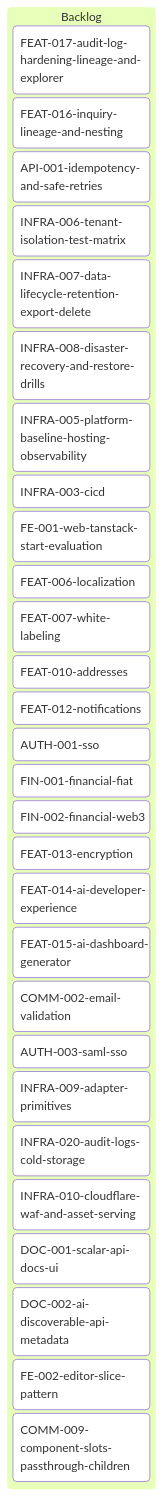
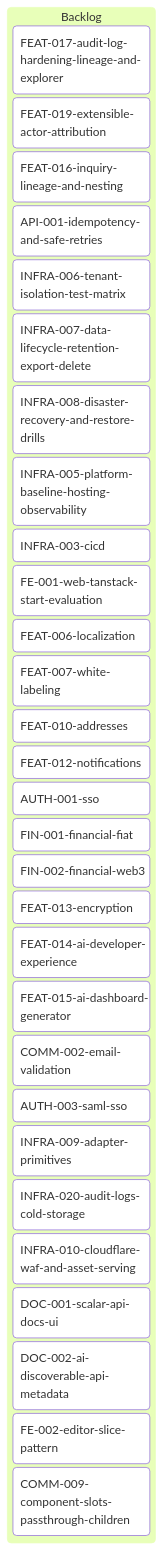
One commit to inixiative/template changed the diagram in tickets/kanban-backlog.md. Above: the diagram before and after it, drawn with Mermaid. The commit also changed other lines of this file and 1 other file, not shown here.

Commit message:
ticket: FEAT-019 extensible actor attribution (actorMeta + on-behalf-of)

````diff
--- a/tickets/kanban-backlog.md
+++ b/tickets/kanban-backlog.md
@@ -3,37 +3,38 @@
 ```mermaid
 ---
 config:
   kanban:
     ticketBaseUrl: 'https://github.com/yourorg/template/blob/main/tickets/#TICKET#'
 ---
 kanban
   Backlog
     FEAT-017-audit-log-hardening-lineage-and-explorer
+    FEAT-019-extensible-actor-attribution
     FEAT-016-inquiry-lineage-and-nesting
     API-001-idempotency-and-safe-retries
     INFRA-006-tenant-isolation-test-matrix
     INFRA-007-data-lifecycle-retention-export-delete
     INFRA-008-disaster-recovery-and-restore-drills
     INFRA-005-platform-baseline-hosting-observability
     INFRA-003-cicd
     FE-001-web-tanstack-start-evaluation
     FEAT-006-localization
     FEAT-007-white-labeling
     FEAT-010-addresses
     FEAT-012-notifications
     AUTH-001-sso
     FIN-001-financial-fiat
     FIN-002-financial-web3
     FEAT-013-encryption
     FEAT-014-ai-developer-experience
     FEAT-015-ai-dashboard-generator
     COMM-002-email-validation
     AUTH-003-saml-sso
     INFRA-009-adapter-primitives
     INFRA-020-audit-logs-cold-storage
     INFRA-010-cloudflare-waf-and-asset-serving
     DOC-001-scalar-api-docs-ui
     DOC-002-ai-discoverable-api-metadata
     FE-002-editor-slice-pattern
     COMM-009-component-slots-passthrough-children
 ```
````
